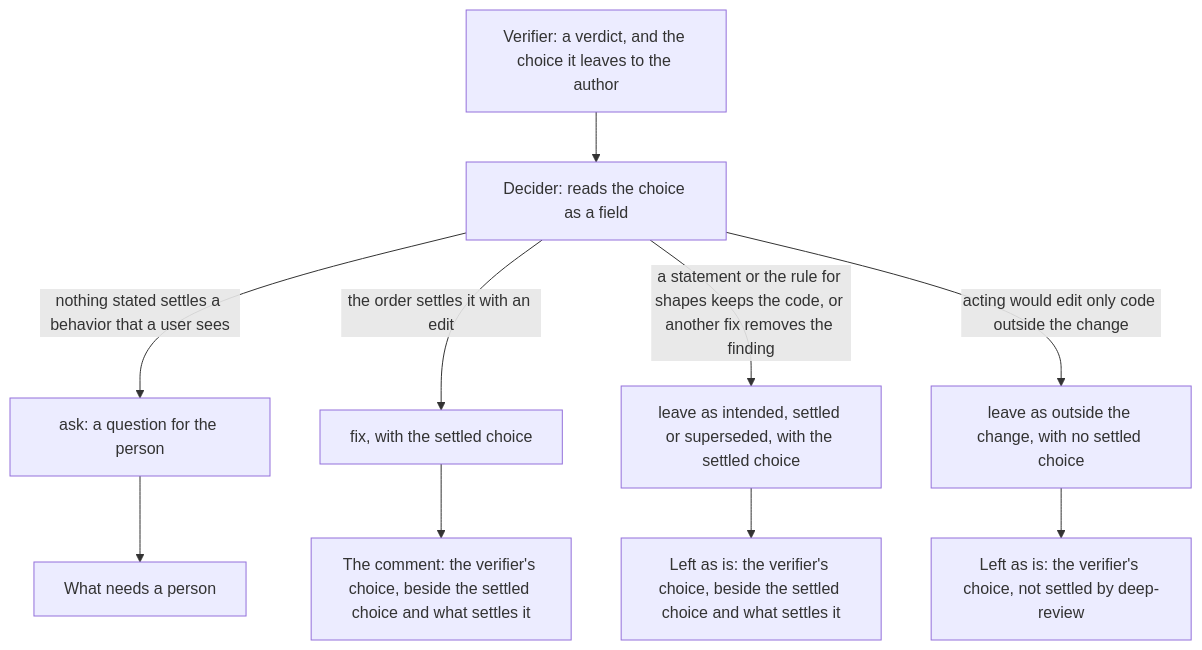
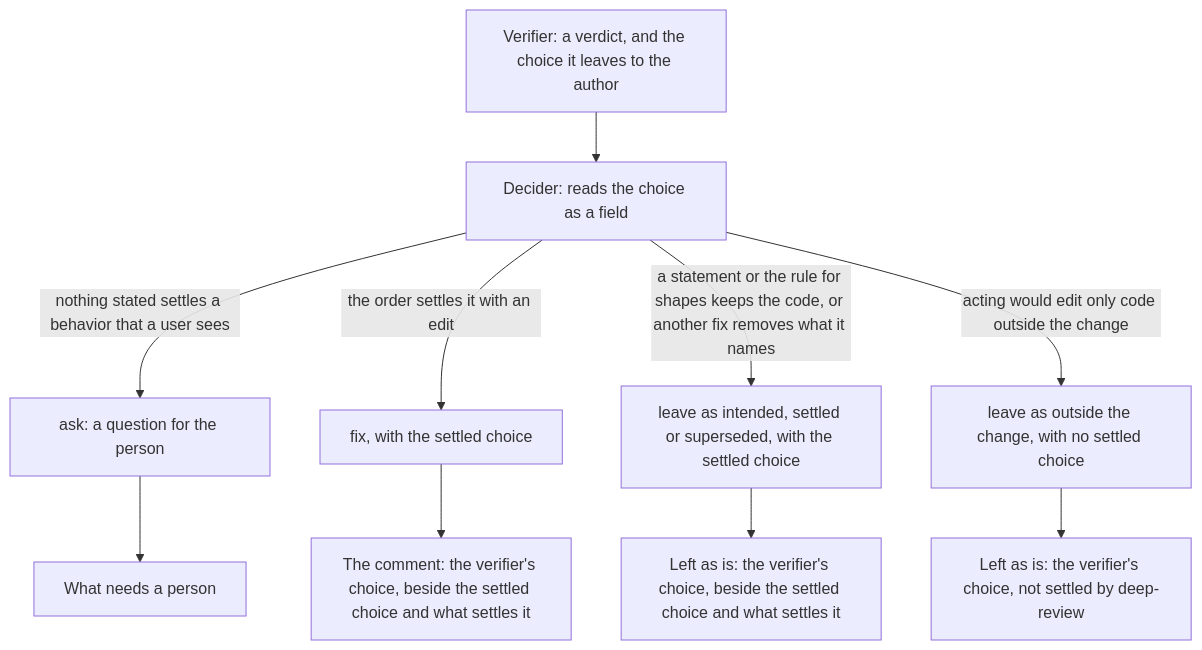
The diagram in docs/changes/2026-11-06-choice-settled-on-the-record.requirements.md (josephjang/deep-review), drawn with Mermaid before and after one commit. The commit also changed other lines of this file and 1 other file, not shown here.

````diff
--- a/docs/changes/2026-11-06-choice-settled-on-the-record.requirements.md
+++ b/docs/changes/2026-11-06-choice-settled-on-the-record.requirements.md
@@ -15,12 +15,12 @@
 ```mermaid
 flowchart TD
     V["Verifier: a verdict, and the choice it leaves to the author"] --> D["Decider: reads the choice as a field"]
     D -->|"nothing stated settles a behavior that a user sees"| A["ask: a question for the person"]
     D -->|"the order settles it with an edit"| F["fix, with the settled choice"]
-    D -->|"a statement or the rule for shapes keeps the code, or another fix removes the finding"| L["leave as intended, settled or superseded, with the settled choice"]
+    D -->|"a statement or the rule for shapes keeps the code, or another fix removes what it names"| L["leave as intended, settled or superseded, with the settled choice"]
     D -->|"acting would edit only code outside the change"| O["leave as outside the change, with no settled choice"]
     A --> N["What needs a person"]
     F --> C["The comment: the verifier's choice, beside the settled choice and what settles it"]
     L --> E["Left as is: the verifier's choice, beside the settled choice and what settles it"]
     O --> U["Left as is: the verifier's choice, not settled by deep-review"]
 ```
````
